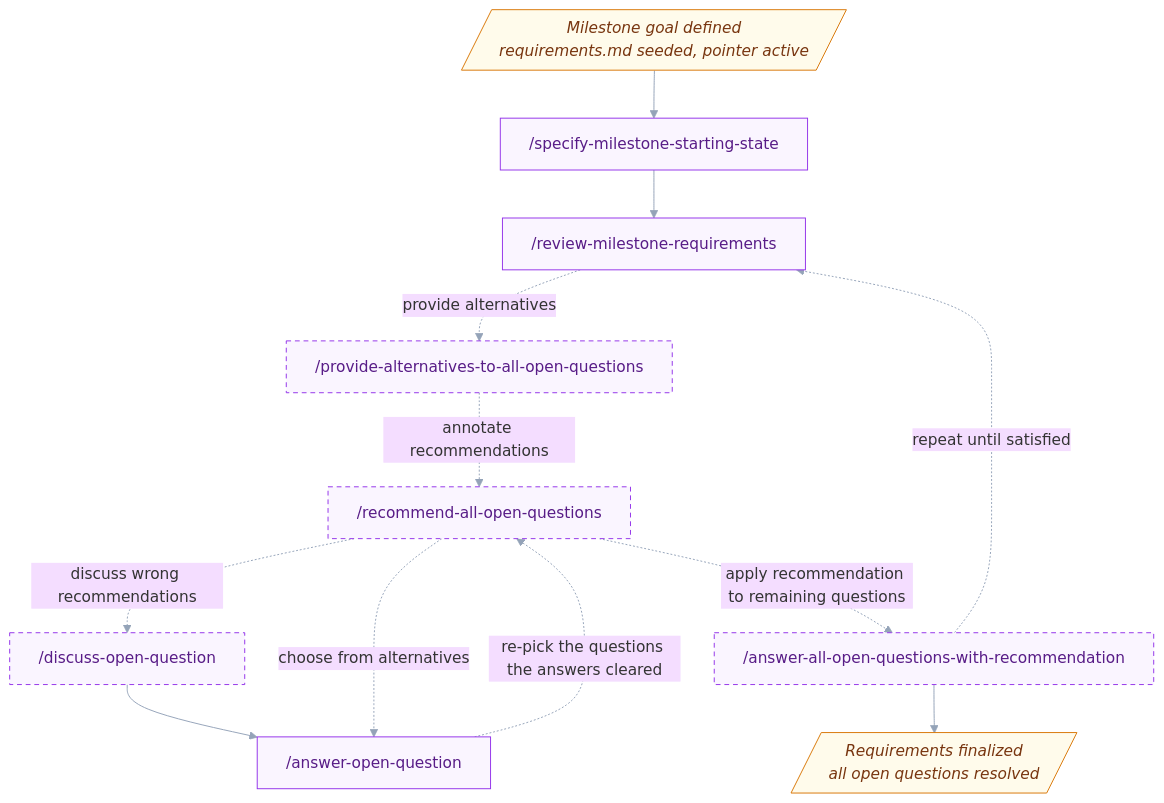
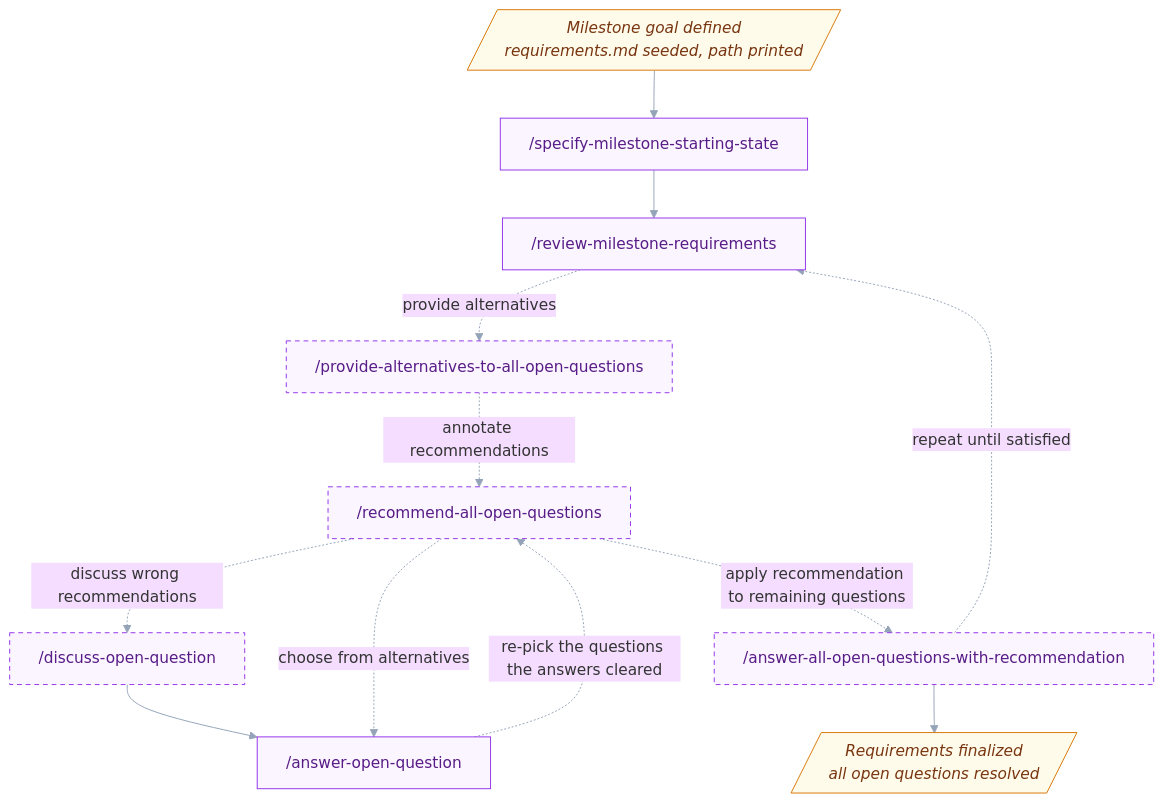
Before and after one commit to uHappyLogic/cairn: the third of 6 diagrams in docs/workflow.md, drawn with Mermaid. The commit also changed other lines of this file and 12 other files, not shown here.

````diff
--- a/docs/workflow.md
+++ b/docs/workflow.md
@@ -57,34 +56,34 @@
 ```mermaid
 %%{init: {'theme':'base','themeVariables':{'fontFamily':'ui-sans-serif, system-ui','lineColor':'#94a3b8','primaryBorderColor':'#475569'},'flowchart':{'wrappingWidth':9999,'curve':'basis'}}}%%
 flowchart TD
-    D1[/"Milestone goal defined<br/>requirements.md seeded, pointer active"/]
+    D1[/"Milestone goal defined<br/>requirements.md seeded, path printed"/]
     ITM0["/specify-milestone-starting-state"]
     ITM1["/review-milestone-requirements"]
     ITM2["/provide-alternatives-to-all-open-questions"]
     ITM3["/discuss-open-question"]
     ITM4["/answer-open-question"]
     ITM5["/recommend-all-open-questions"]
     ITM8["/answer-all-open-questions-with-recommendation"]
     D2[/"Requirements finalized<br/>all open questions resolved"/]
 
     D1 --> ITM0 --> ITM1
 
     ITM1 -.->|provide alternatives| ITM2
     ITM2 -.->|annotate recommendations| ITM5
     ITM5 -.->|discuss wrong recommendations| ITM3 --> ITM4
     ITM5 -.->|choose from alternatives| ITM4
 
     ITM4 -.->|re-pick the questions the answers cleared| ITM5
     ITM5 -.->|apply recommendation to remaining questions| ITM8
 
     ITM8 -.->|repeat until satisfied| ITM1
 
     ITM8 --> D2
 
     classDef req fill:#faf5ff,stroke:#9333ea,color:#581c87;
     classDef optional stroke-dasharray:5 4;
     classDef state fill:#fffbeb,stroke:#d97706,color:#78350f,font-style:italic;
     class ITM0,ITM1,ITM2,ITM3,ITM4,ITM5,ITM8 req;
     class ITM2,ITM3,ITM5,ITM8 optional;
     class D1,D2 state;
 ```
````
